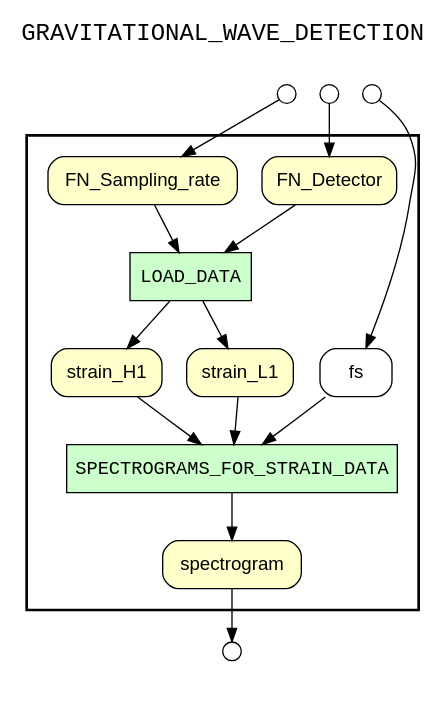
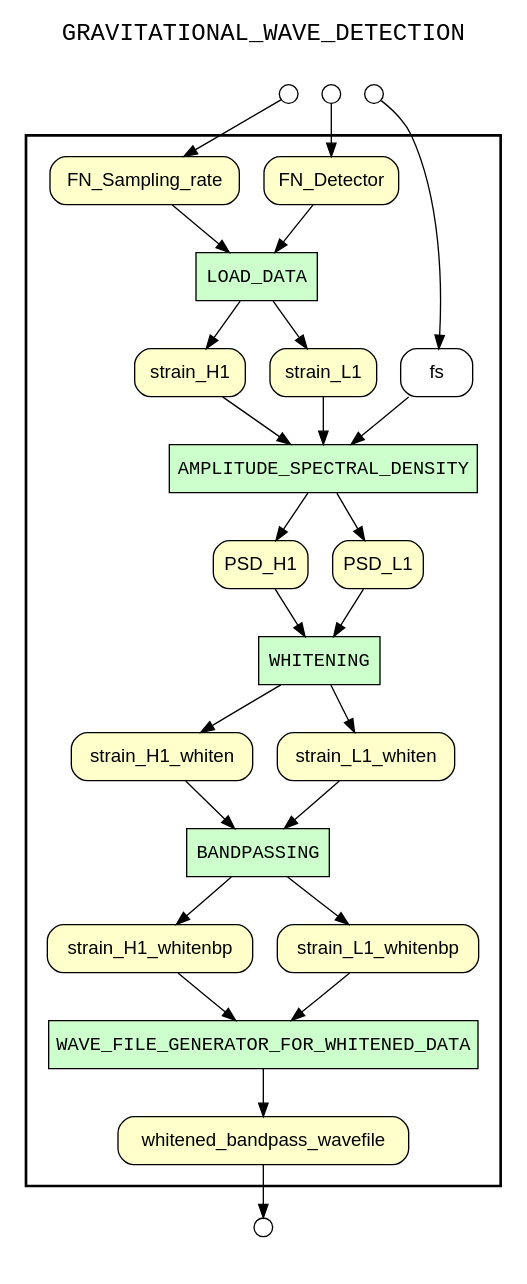
One commit to LBJ-Wade/ligo changed the diagram in newquery/graph/yw_prospective_lineage.gv. Above: the diagram before and after it, drawn with Graphviz. The commit also changed 22 other files, not shown here.

```diff
--- a/newquery/graph/yw_prospective_lineage.gv
+++ b/newquery/graph/yw_prospective_lineage.gv
@@ -1,45 +1,66 @@
 
 digraph yw_data_view {
 rankdir=TB
 fontname=Courier; fontsize=18; labelloc=t
 label="GRAVITATIONAL_WAVE_DETECTION"
 subgraph cluster_workflow { label=""; color=black; penwidth=2
 subgraph cluster_workflow_inner { label=""; color=white
 node[shape=box style="filled" fillcolor="#CCFFCC" peripheries=1 fontname=Courier]
+BANDPASSING
+WHITENING
+AMPLITUDE_SPECTRAL_DENSITY
 LOAD_DATA
-SPECTROGRAMS_FOR_STRAIN_DATA
+WAVE_FILE_GENERATOR_FOR_WHITENED_DATA
 node[shape=box style="filled" fillcolor="#CCFFCC" peripheries=1 fontname=Courier]
 node[shape=box style="rounded,filled" fillcolor="#FFFFCC" peripheries=1 fontname=Helvetica]
 FN_Detector
 FN_Sampling_rate
 strain_H1
 strain_L1
-spectrogram
+PSD_H1
+PSD_L1
+strain_H1_whiten
+strain_L1_whiten
+strain_H1_whitenbp
+strain_L1_whitenbp
+whitened_bandpass_wavefile
 node[shape=box style="rounded,filled" fillcolor="#FFFFFF" peripheries=1 fontname=Helvetica]
 fs
 }}
 subgraph cluster_inflows { label=""; color=white; penwidth=2
 subgraph cluster_inflows_inner { label=""; color=white
 node[shape=circle fillcolor="#FFFFFF" peripheries=1 width=0.2]
 fs_inflow [label=""]
 FN_Detector_inflow [label=""]
 FN_Sampling_rate_inflow [label=""]
 }}
 subgraph cluster_outflows { label=""; color=white; penwidth=2
 subgraph cluster_outflows_inner { label=""; color=white
 node[shape=circle fillcolor="#FFFFFF" peripheries=1 width=0.2]
-spectrogram_outflow [label=""]
+whitened_bandpass_wavefile_outflow [label=""]
 }}
-fs -> SPECTROGRAMS_FOR_STRAIN_DATA
-strain_L1 -> SPECTROGRAMS_FOR_STRAIN_DATA
-strain_H1 -> SPECTROGRAMS_FOR_STRAIN_DATA
+strain_H1_whitenbp -> WAVE_FILE_GENERATOR_FOR_WHITENED_DATA
+FN_Detector -> LOAD_DATA
+strain_L1_whitenbp -> WAVE_FILE_GENERATOR_FOR_WHITENED_DATA
 FN_Sampling_rate -> LOAD_DATA
-FN_Detector -> LOAD_DATA
+PSD_H1 -> WHITENING
+PSD_L1 -> WHITENING
+fs -> AMPLITUDE_SPECTRAL_DENSITY
+strain_H1 -> AMPLITUDE_SPECTRAL_DENSITY
+strain_H1_whiten -> BANDPASSING
+strain_L1 -> AMPLITUDE_SPECTRAL_DENSITY
+strain_L1_whiten -> BANDPASSING
 LOAD_DATA -> strain_H1
 LOAD_DATA -> strain_L1
-SPECTROGRAMS_FOR_STRAIN_DATA -> spectrogram
+AMPLITUDE_SPECTRAL_DENSITY -> PSD_H1
+AMPLITUDE_SPECTRAL_DENSITY -> PSD_L1
+WHITENING -> strain_H1_whiten
+WHITENING -> strain_L1_whiten
+BANDPASSING -> strain_H1_whitenbp
+BANDPASSING -> strain_L1_whitenbp
+WAVE_FILE_GENERATOR_FOR_WHITENED_DATA -> whitened_bandpass_wavefile
 fs_inflow -> fs
 FN_Detector_inflow -> FN_Detector
 FN_Sampling_rate_inflow -> FN_Sampling_rate
-spectrogram -> spectrogram_outflow
+whitened_bandpass_wavefile -> whitened_bandpass_wavefile_outflow
 }
```
